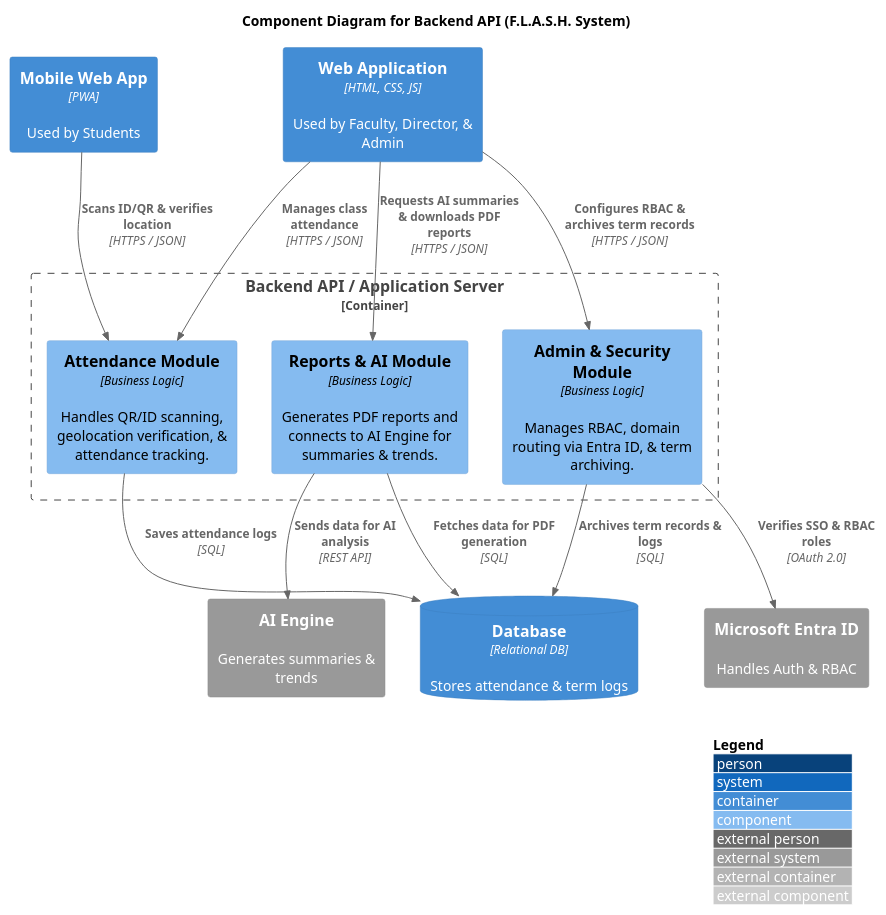
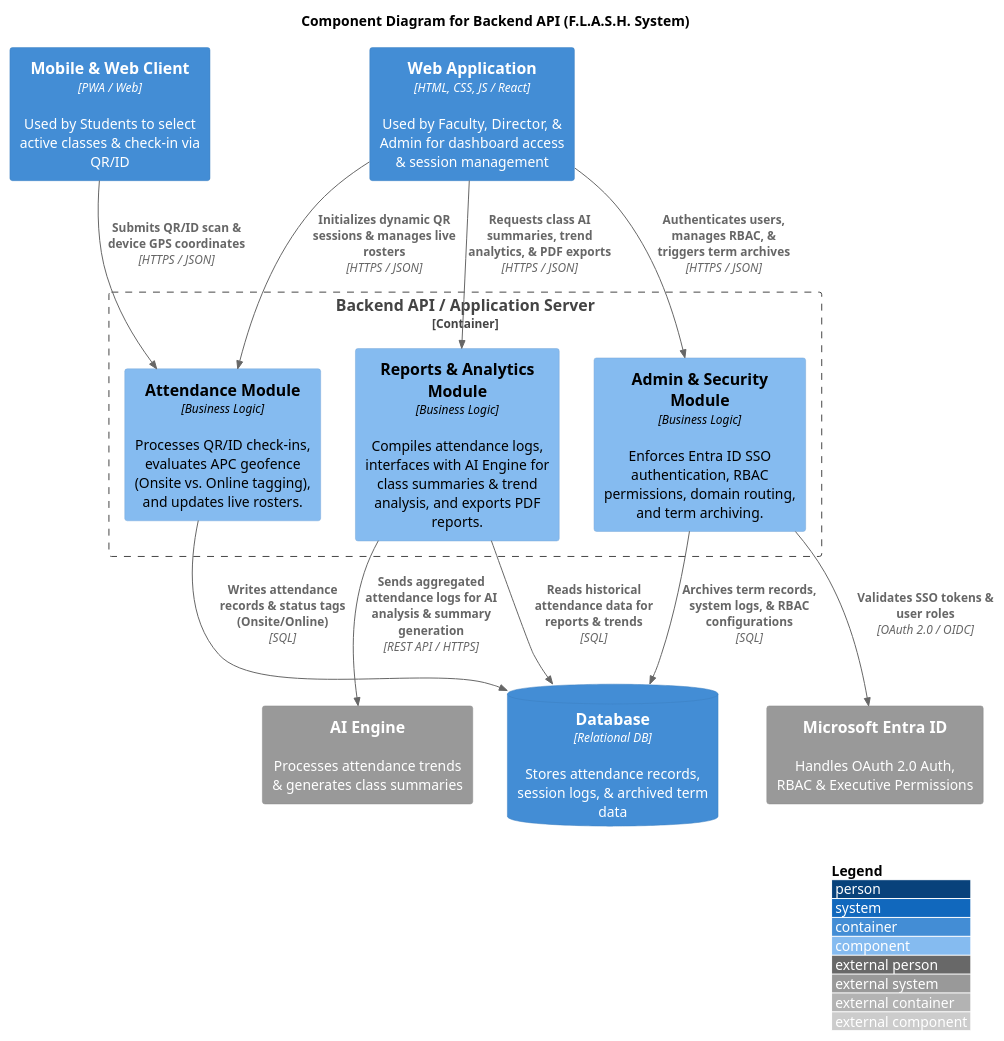
One commit to APC-SoCIT/APC-2026-2027-T1-IT241-Grp2-F.L.A.S.H-Fast-Logging-Automated-Secure-Hybrid-attendance changed the diagram in docs/MSYADD1/Component Diagram for F.L.A.S.H.puml. Above: the diagram before and after it, drawn with PlantUML. The commit also changed other lines of this file, not shown here.

Commit message:
Update component diagram for F.L.A.S.H. system
Updated component diagram for the F.L.A.S.H. system

```diff
--- a/docs/MSYADD1/Component Diagram for F.L.A.S.H.puml
+++ b/docs/MSYADD1/Component Diagram for F.L.A.S.H.puml
@@ -1,38 +1,38 @@
 @startuml
 !include https://raw.githubusercontent.com/plantuml-stdlib/C4-PlantUML/master/C4_Component.puml
 
 LAYOUT_WITH_LEGEND()
 
 title Component Diagram for Backend API (F.L.A.S.H. System)
 
-' External Users & Containers
-Container(web_app, "Web Application", "HTML, CSS, JS", "Used by Faculty, Director, & Admin")
-Container(mobile_web, "Mobile Web App", "PWA", "Used by Students")
-ContainerDb(database, "Database", "Relational DB", "Stores attendance & term logs")
+' External Containers & Clients
+Container(web_app, "Web Application", "HTML, CSS, JS / React", "Used by Faculty, Director, & Admin for dashboard access & session management")
+Container(mobile_web, "Mobile & Web Client", "PWA / Web", "Used by Students to select active classes & check-in via QR/ID")
+ContainerDb(database, "Database", "Relational DB", "Stores attendance records, session logs, & archived term data")
 
 ' External Systems
-System_Ext(ai_engine, "AI Engine", "Generates summaries & trends")
-System_Ext(entra, "Microsoft Entra ID", "Handles Auth & RBAC")
+System_Ext(ai_engine, "AI Engine", "Processes attendance trends & generates class summaries")
+System_Ext(entra, "Microsoft Entra ID", "Handles OAuth 2.0 Auth, RBAC & Executive Permissions")
 
 ' Component Boundary
 Container_Boundary(backend_api, "Backend API / Application Server") {
 
-    Component(attendance_comp, "Attendance Module", "Business Logic", "Handles QR/ID scanning, geolocation verification, & attendance tracking.")
-    Component(reports_comp, "Reports & AI Module", "Business Logic", "Generates PDF reports and connects to AI Engine for summaries & trends.")
-    Component(admin_comp, "Admin & Security Module", "Business Logic", "Manages RBAC, domain routing via Entra ID, & term archiving.")
+    Component(attendance_comp, "Attendance Module", "Business Logic", "Processes QR/ID check-ins, evaluates APC geofence (Onsite vs. Online tagging), and updates live rosters.")
+    Component(reports_comp, "Reports & Analytics Module", "Business Logic", "Compiles attendance logs, interfaces with AI Engine for class summaries & trend analysis, and exports PDF reports.")
+    Component(admin_comp, "Admin & Security Module", "Business Logic", "Enforces Entra ID SSO authentication, RBAC permissions, domain routing, and term archiving.")
 }
 
-' Interactions - Apps to API
-Rel(mobile_web, attendance_comp, "Scans ID/QR & verifies location", "HTTPS / JSON")
-Rel(web_app, attendance_comp, "Manages class attendance", "HTTPS / JSON")
-Rel(web_app, reports_comp, "Requests AI summaries & downloads PDF reports", "HTTPS / JSON")
-Rel(web_app, admin_comp, "Configures RBAC & archives term records", "HTTPS / JSON")
+' Interactions - Clients to API Modules
+Rel(mobile_web, attendance_comp, "Submits QR/ID scan & device GPS coordinates", "HTTPS / JSON")
+Rel(web_app, attendance_comp, "Initializes dynamic QR sessions & manages live rosters", "HTTPS / JSON")
+Rel(web_app, reports_comp, "Requests class AI summaries, trend analytics, & PDF exports", "HTTPS / JSON")
+Rel(web_app, admin_comp, "Authenticates users, manages RBAC, & triggers term archives", "HTTPS / JSON")
 
-' Interactions - API to External & Database
-Rel(attendance_comp, database, "Saves attendance logs", "SQL")
-Rel(reports_comp, ai_engine, "Sends data for AI analysis", "REST API")
-Rel(reports_comp, database, "Fetches data for PDF generation", "SQL")
-Rel(admin_comp, entra, "Verifies SSO & RBAC roles", "OAuth 2.0")
-Rel(admin_comp, database, "Archives term records & logs", "SQL")
+' Interactions - API Modules to Database & External Systems
+Rel(attendance_comp, database, "Writes attendance records & status tags (Onsite/Online)", "SQL")
+Rel(reports_comp, ai_engine, "Sends aggregated attendance logs for AI analysis & summary generation", "REST API / HTTPS")
+Rel(reports_comp, database, "Reads historical attendance data for reports & trends", "SQL")
+Rel(admin_comp, entra, "Validates SSO tokens & user roles", "OAuth 2.0 / OIDC")
+Rel(admin_comp, database, "Archives term records, system logs, & RBAC configurations", "SQL")
 
-@endl
+@enduml
```
